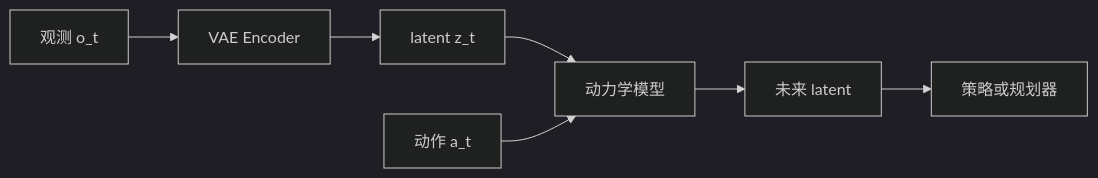
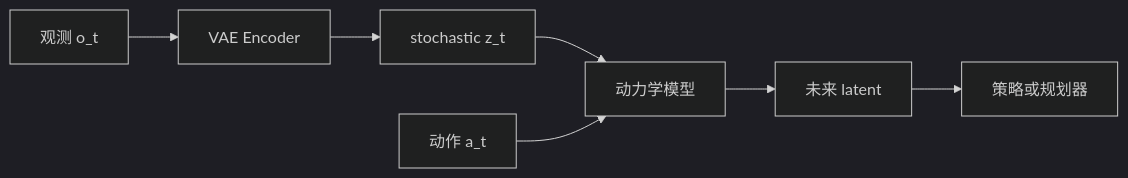
One commit to hundredthtree-OvO/EmbodiedCard changed the second of 2 diagrams in representations/latent/VAE.md. Above: the diagram before and after it, drawn with Mermaid (dark theme). The commit also changed other lines of this file and 8 other files, not shown here.

````diff
--- a/representations/latent/VAE.md
+++ b/representations/latent/VAE.md
@@ -110,9 +131,9 @@
 ```mermaid
 flowchart LR
     O["观测 o_t"] --> V["VAE Encoder"]
-    V --> Z["latent z_t"]
+    V --> Z["stochastic z_t"]
     Z --> W["动力学模型"]
     A["动作 a_t"] --> W
     W --> F["未来 latent"]
     F --> P["策略或规划器"]
 ```
````
